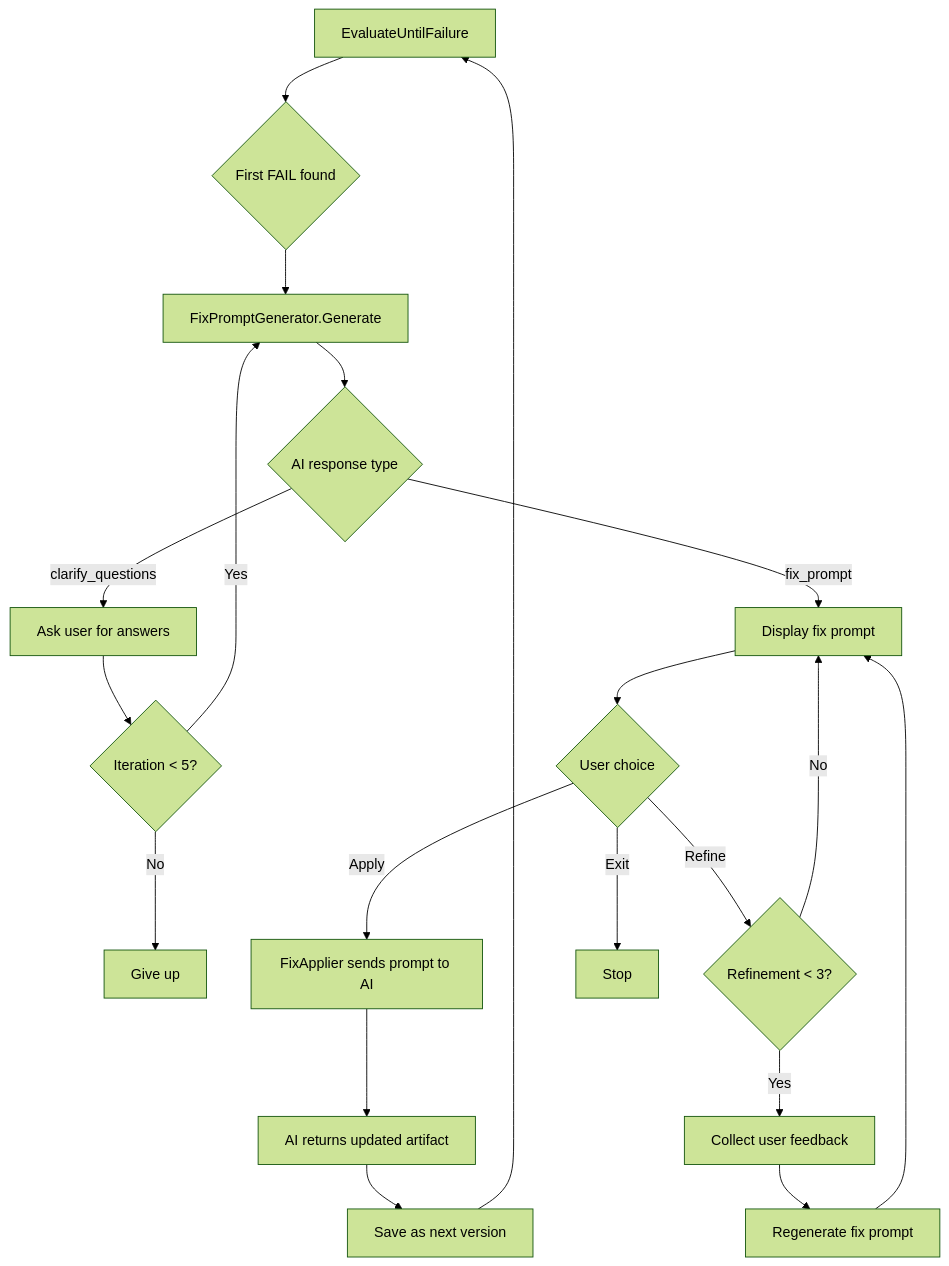
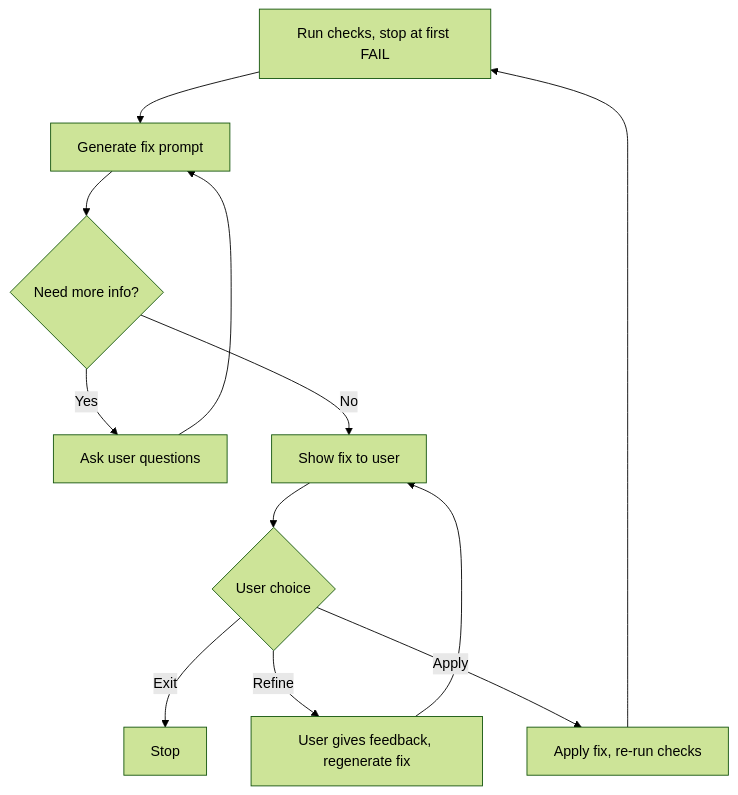
The second of 2 diagrams in scripts/bmad-cli/checklist-validation.md (ondatra-ai/awesome-claude-mcp), drawn with Mermaid (forest theme) before and after one commit. The commit also changed other lines of this file, not shown here.

First line of the commit message:
docs: simplify checklist validation doc with plain language and cleaner diagrams

````diff
--- a/scripts/bmad-cli/checklist-validation.md
+++ b/scripts/bmad-cli/checklist-validation.md
@@ -137,22 +99,14 @@
 ```mermaid
 flowchart TD
-    A[EvaluateUntilFailure] --> B{First FAIL found}
-    B --> C[FixPromptGenerator.Generate]
-    C --> D{AI response type}
-    D -->|clarify_questions| E[Ask user for answers]
-    E --> F{Iteration < 5?}
-    F -->|Yes| C
-    F -->|No| Z[Give up]
-    D -->|fix_prompt| G[Display fix prompt]
-    G --> H{User choice}
-    H -->|Apply| I[FixApplier sends prompt to AI]
-    I --> J[AI returns updated artifact]
-    J --> K[Save as next version]
-    K --> A
-    H -->|Refine| L{Refinement < 3?}
-    L -->|Yes| M[Collect user feedback]
-    M --> N[Regenerate fix prompt]
-    N --> G
-    L -->|No| G
-    H -->|Exit| O[Stop]
+    A[Run checks, stop at first FAIL] --> B[Generate fix prompt]
+    B --> C{Need more info?}
+    C -->|Yes| D[Ask user questions]
+    D --> B
+    C -->|No| E[Show fix to user]
+    E --> F{User choice}
+    F -->|Apply| G[Apply fix, re-run checks]
+    F -->|Refine| H[User gives feedback, regenerate fix]
+    F -->|Exit| I[Stop]
+    H --> E
+    G --> A
 ```
````
